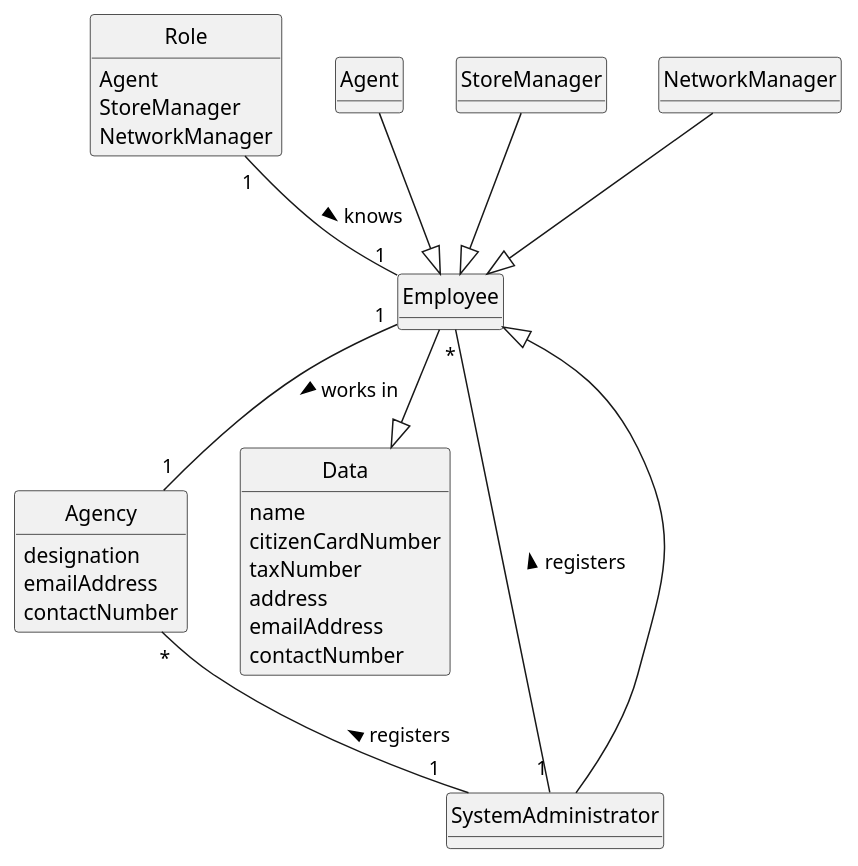
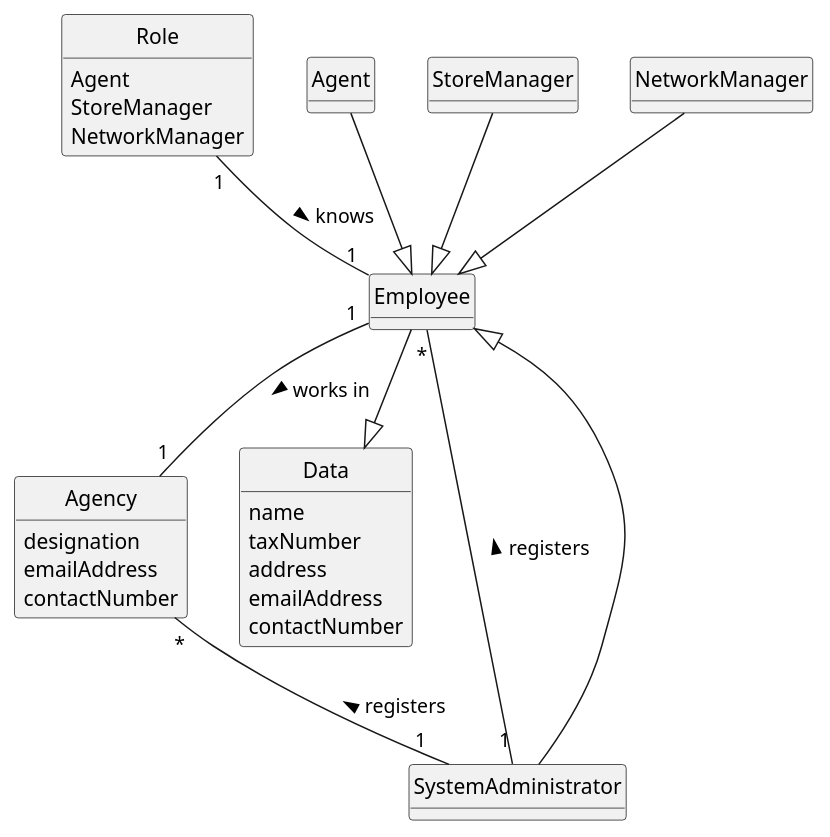
One commit to rita-barbosa/LAPR2-2223 changed the diagram in docs/sprintB/us003/02.analysis/puml/us003-domain-model.puml. Above: the diagram before and after it, drawn with PlantUML. The commit also changed 2 other files, not shown here.

```diff
--- a/docs/sprintB/us003/02.analysis/puml/us003-domain-model.puml
+++ b/docs/sprintB/us003/02.analysis/puml/us003-domain-model.puml
@@ -1,62 +1,61 @@
 @startuml
 skinparam monochrome true
 skinparam packageStyle rectangle
 skinparam shadowing false
 
 'left to right direction
 
 skinparam classAttributeIconSize 0
 
 hide circle
 hide methods
 
 class SystemAdministrator {}
 
 
 class Employee {}
 
 class Role{
 Agent
 StoreManager
 NetworkManager
 }
 
 class Agent{
 }
 
 class StoreManager{
 }
 class NetworkManager{
 }
 
 class Data{
 name
-citizenCardNumber
 taxNumber
 address
 emailAddress
 contactNumber
 }
 
 
 class Agency {
 designation
 emailAddress
 contactNumber
 }
 
 
 
 SystemAdministrator -|> Employee
 SystemAdministrator "1" -- "*" Employee: registers >
 SystemAdministrator "1" -up- "*" Agency: registers >
 
 Employee "1" -- "1" Agency: works in  >
 Role "1" -- "1" Employee: knows  >
 Data  <|-up-  Employee
 Agent  --|> Employee
 StoreManager --|> Employee
 NetworkManager --|> Employee
 
 
 @enduml
```
